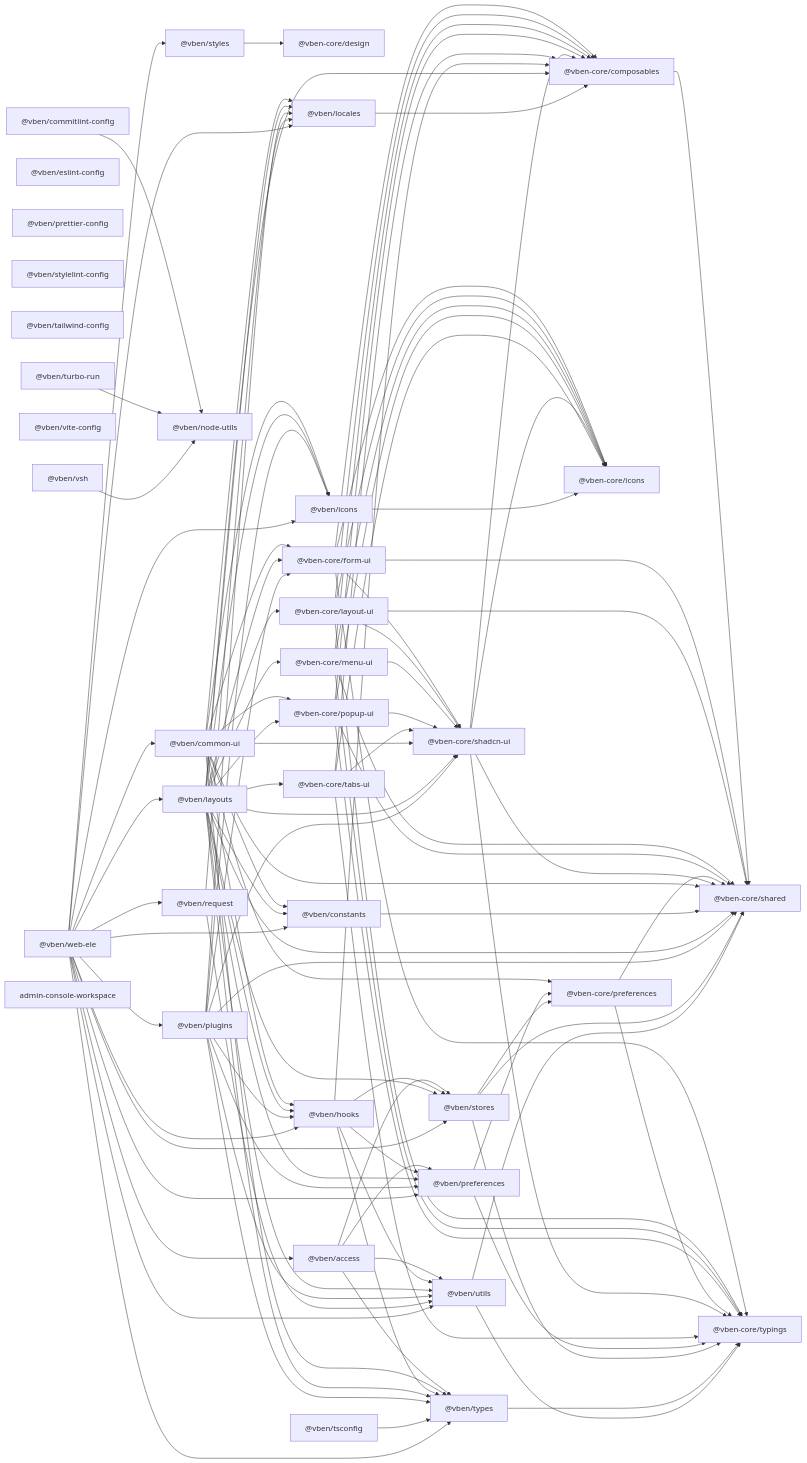
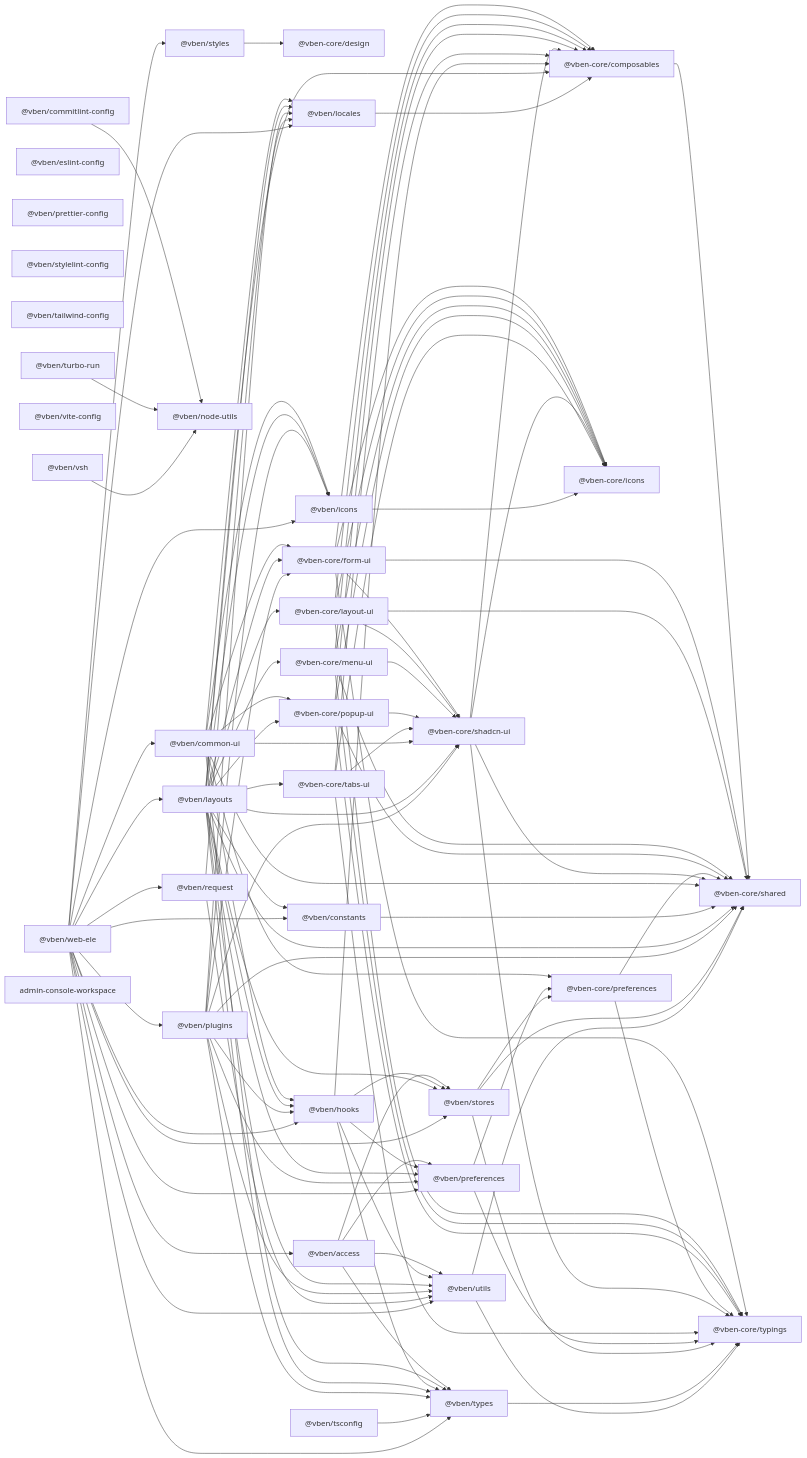
The first of 4 diagrams in 前端代码/basic-framework-admin/docs/开发指南/模块依赖关系图.md (shady2713/xinkuangjia), drawn with Mermaid before and after one commit. The commit also changed other lines of this file and 406 other files, not shown here.

```diff
--- a/前端代码/basic-framework-admin/docs/开发指南/模块依赖关系图.md
+++ b/前端代码/basic-framework-admin/docs/开发指南/模块依赖关系图.md
@@ -147,7 +147,6 @@
   p14 --> p7
   p14 --> p8
   p14 --> p9
-  p14 --> p15
   p14 --> p17
   p14 --> p18
   p14 --> p20
```
